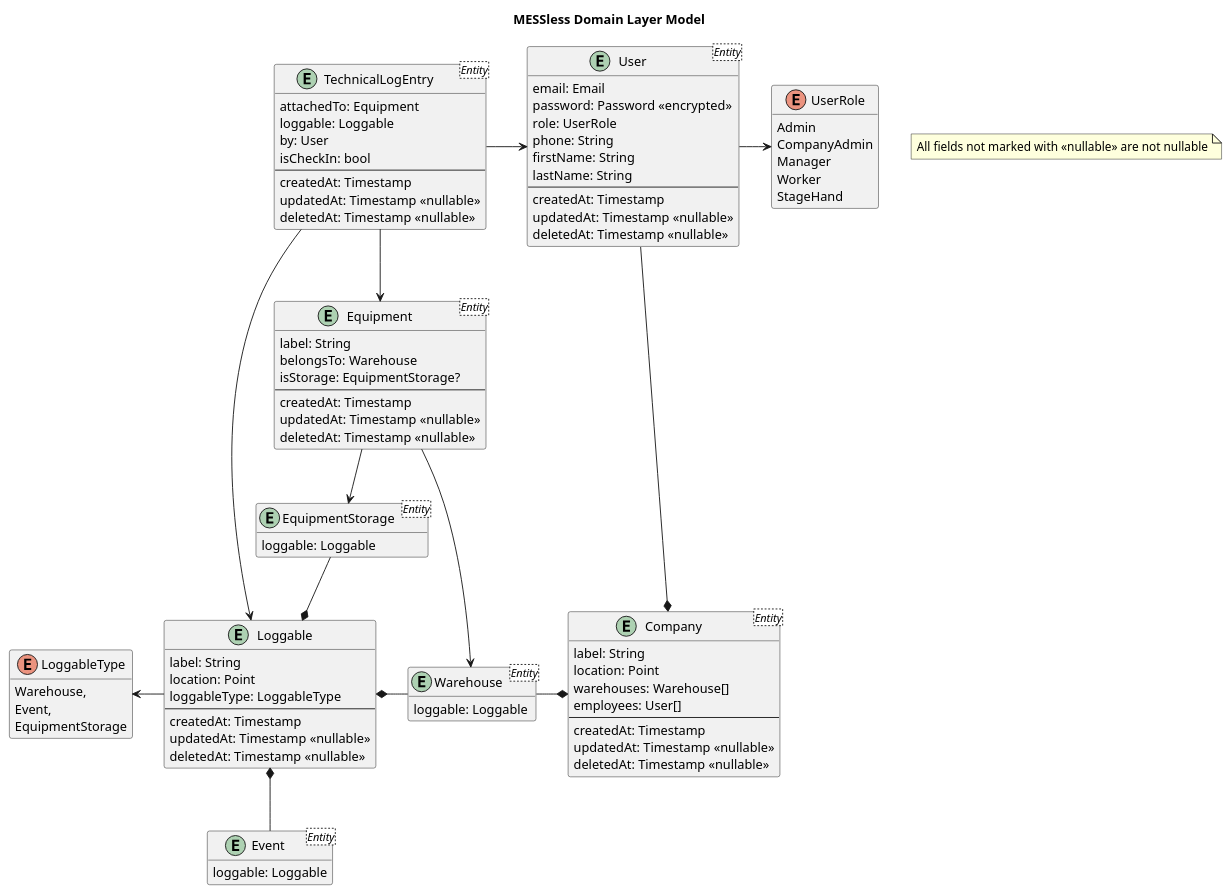
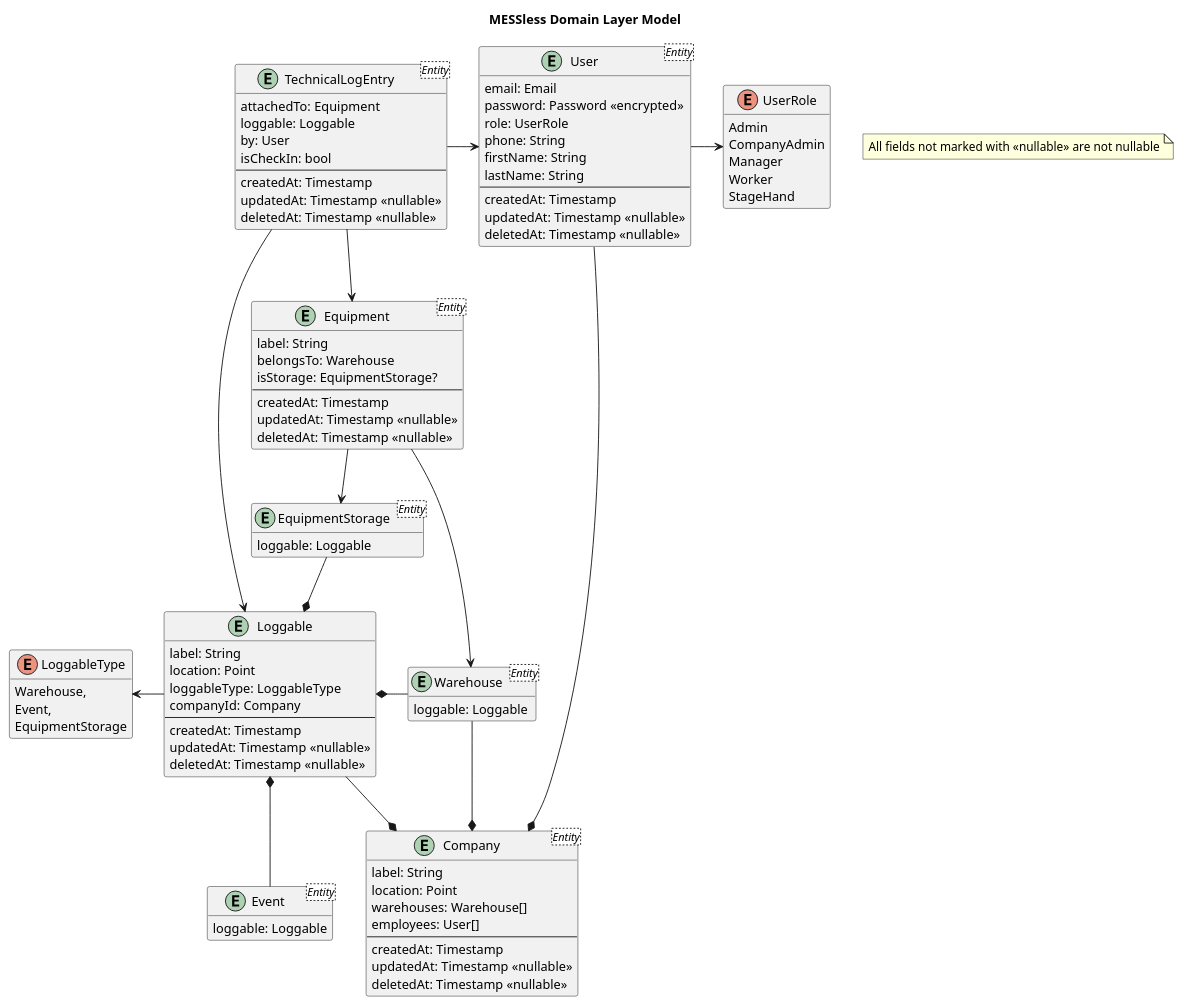
One commit to spg-eventful/wiki changed the diagram in Writerside/pumls/domain-model.puml. Above: the diagram before and after it, drawn with PlantUML.

Commit message:
docs: add company to loggable

```diff
--- a/Writerside/pumls/domain-model.puml
+++ b/Writerside/pumls/domain-model.puml
@@ -1,108 +1,111 @@
 @startuml
 hide empty methods
 hide empty attributes
 
 title MESSless Domain Layer Model
 note "All fields not marked with <<nullable>> are not nullable" as NullConvention
 
 entity User<Entity> {
   email: Email
   password: Password <<encrypted>>
   role: UserRole
   phone: String
   firstName: String
   lastName: String
   ---
   createdAt: Timestamp
   updatedAt: Timestamp <<nullable>>
   deletedAt: Timestamp <<nullable>>
 }
 
 enum UserRole {
   Admin
   CompanyAdmin
   Manager
   Worker
   StageHand
 }
 
 entity Loggable {
   label: String
   location: Point
   loggableType: LoggableType
+  companyId: Company
   ---
   createdAt: Timestamp
   updatedAt: Timestamp <<nullable>>
   deletedAt: Timestamp <<nullable>>
 }
 
 entity Warehouse<Entity> {
   loggable: Loggable
 }
 
 entity Event<Entity> {
   loggable: Loggable
 }
 
 entity EquipmentStorage<Entity> {
   loggable: Loggable
 }
 
 entity Equipment<Entity> {
   label: String
   belongsTo: Warehouse
   isStorage: EquipmentStorage?
   ---
   createdAt: Timestamp
   updatedAt: Timestamp <<nullable>>
   deletedAt: Timestamp <<nullable>>
 }
 
 entity Company<Entity> {
   label: String
   location: Point
   warehouses: Warehouse[]
   employees: User[]
   ---
   createdAt: Timestamp
   updatedAt: Timestamp <<nullable>>
   deletedAt: Timestamp <<nullable>>
 }
 
 entity TechnicalLogEntry<Entity> {
   attachedTo: Equipment
   loggable: Loggable
   by: User
   isCheckIn: bool
   ---
   createdAt: Timestamp
   updatedAt: Timestamp <<nullable>>
   deletedAt: Timestamp <<nullable>>
 }
 
 enum LoggableType {
     Warehouse,
     Event,
     EquipmentStorage
 }
 
 ' relations
 TechnicalLogEntry --> Equipment
 TechnicalLogEntry --> Loggable
 TechnicalLogEntry -right-> User
+
 Loggable -left-> LoggableType
+Loggable --up* Company
 
 Warehouse --left* Loggable
 Event --up* Loggable
 EquipmentStorage --down* Loggable
 
 Equipment --> EquipmentStorage
 
 Equipment ---> Warehouse
 
 User --right> UserRole
 
 Warehouse --right* Company
 User --down* Company
 
 @enduml
```
